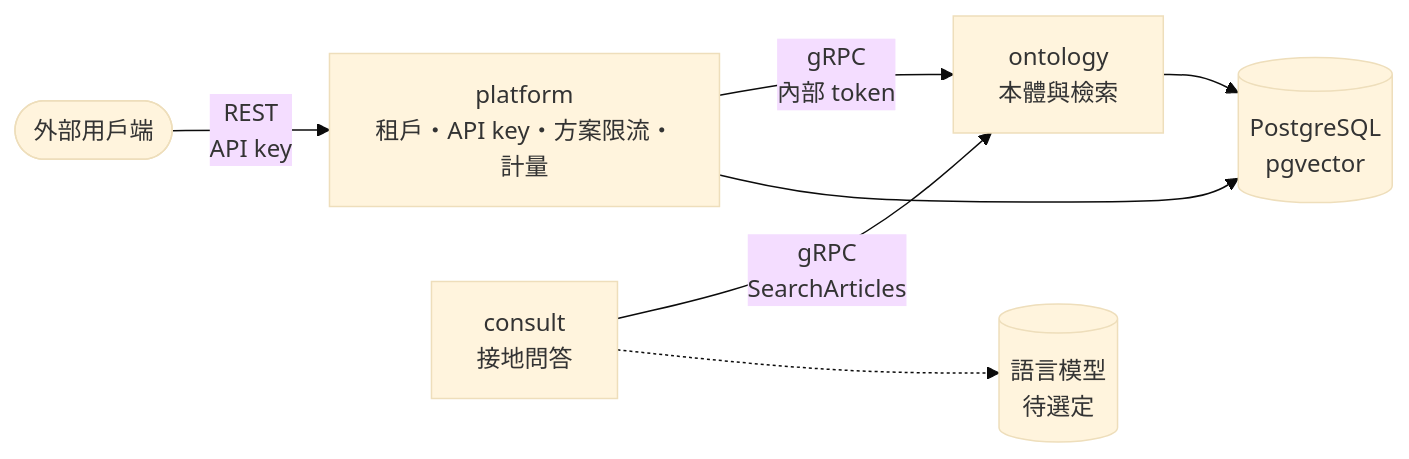
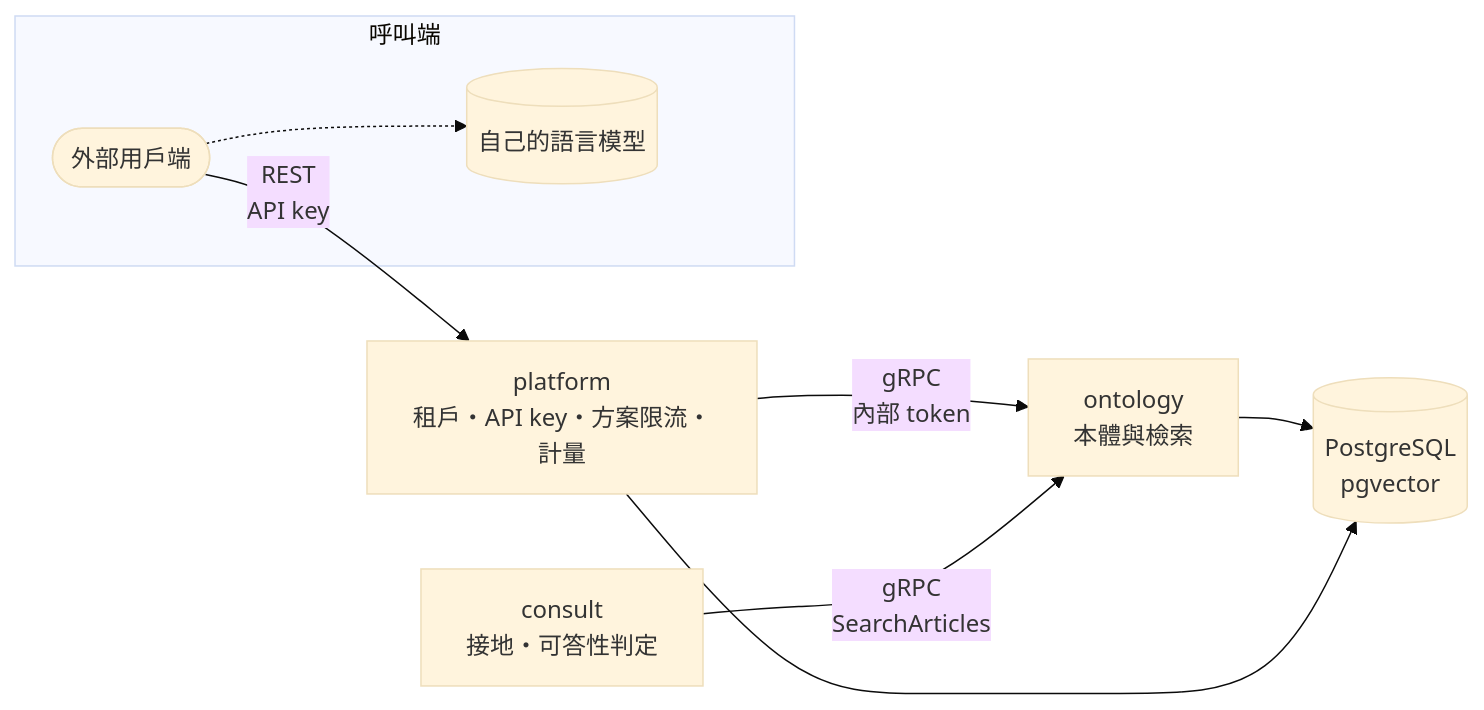
One commit to elihu0211/envcite changed the diagram in README.md. Above: the diagram before and after it, drawn with Mermaid (base theme). The commit also changed other lines of this file and 26 other files, not shown here.

````diff
--- a/README.md
+++ b/README.md
@@ -16,16 +18,20 @@
 ```mermaid
 flowchart LR
     client([外部用戶端])
     platform["platform<br/>租戶・API key・方案限流・計量"]
     ontology["ontology<br/>本體與檢索"]
-    consult["consult<br/>接地問答"]
-    llm[(語言模型<br/>待選定)]
+    consult["consult<br/>接地・可答性判定"]
     pg[(PostgreSQL<br/>pgvector)]
+
+    subgraph caller [呼叫端]
+        client
+        llm[(自己的語言模型)]
+    end
 
     client -- "REST<br/>API key" --> platform
     platform -- "gRPC<br/>內部 token" --> ontology
     consult -- "gRPC<br/>SearchArticles" --> ontology
-    consult -.-> llm
+    client -.-> llm
     ontology --> pg
     platform --> pg
 ```
````
